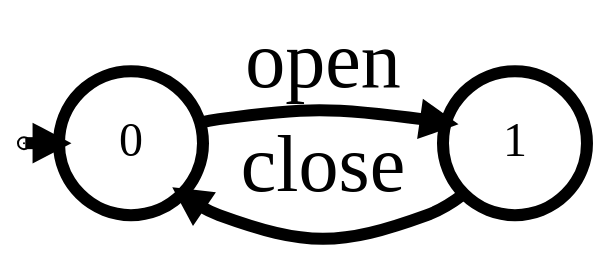
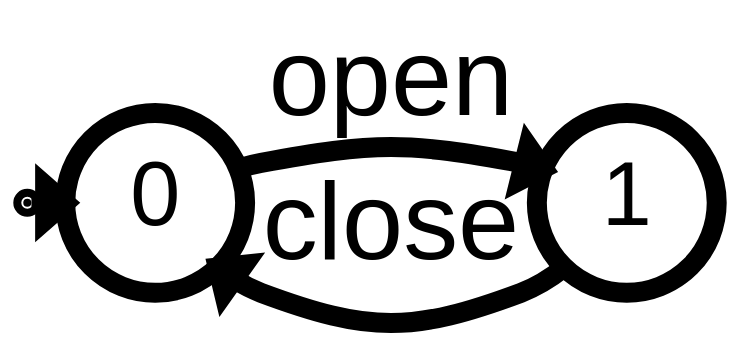
The diagram in writing/src/2-framework/images/open-close.dot (blambeau/phd), drawn with Graphviz before and after one commit. The commit also changed 26 other files, not shown here.

```diff
--- a/writing/src/2-framework/images/open-close.dot
+++ b/writing/src/2-framework/images/open-close.dot
@@ -1,11 +1,12 @@
 digraph G {
   graph [rankdir="LR" ranksep=0];
-  node [fontsize=24 penwidth=6 shape="circle" style="filled" height="1.0" width="1.0" fixedsize="true" fillcolor="white"];
-  edge [fontsize=40 penwidth=6]
-  zz [height="0" width="0" fixedsize="true" label="" fillcolor="black"];
+    node [fontsize=45 fontname="Arial"
+	      penwidth=10 shape="circle" style="filled" height="1.25" width="1.25" fixedsize="true" fillcolor="white"];
+    edge [fontsize=55 fontname="Arial" penwidth=10]
+    zz [height="0.05" width="0.05" fixedsize="true" label="" fillcolor="black"];
   0 [color="black" fillcolor="white" shape="circle" style="filled"];
   1 [color="black" fillcolor="white" shape="circle" style="filled"];
   zz -> 0 [label=""];
   0 -> 1 [label="open"];
   1 -> 0 [label="close"];
 }
```
